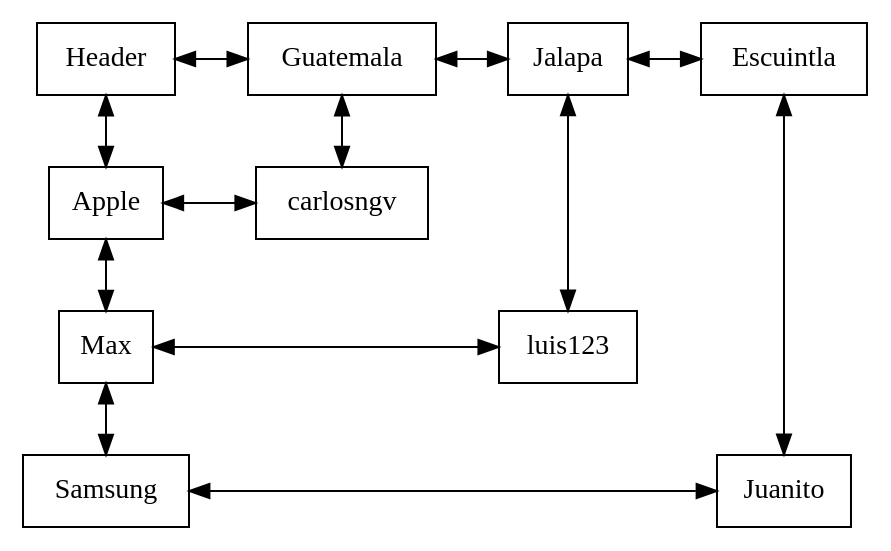
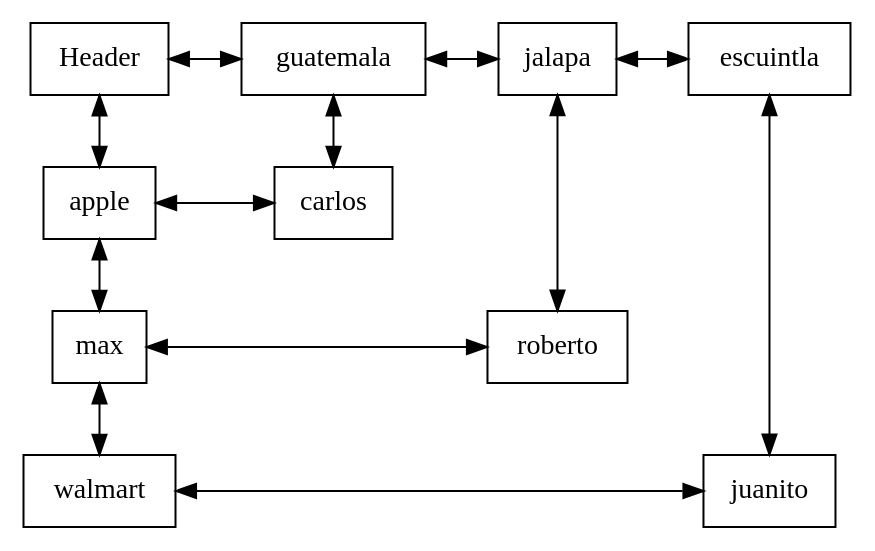
Before and after one commit to CarlosNgv99/-EDD-Proyecto_1: the diagram in -EDD-Proyecto_1/matrix/matrix.dot, drawn with Graphviz. The commit also changed 22 other files, not shown here.

```diff
--- a/-EDD-Proyecto_1/matrix/matrix.dot
+++ b/-EDD-Proyecto_1/matrix/matrix.dot
@@ -1,36 +1,36 @@
 digraph g{
 rankdir = TB;
 node [shape=rectangle, height=0.5, width=0.5];
 graph[ nodesep = 0.5];
 node0 [label="Header"];
-Guatemala[label="Guatemala"]
-Jalapa[label="Jalapa"]
-Escuintla[label="Escuintla"]
-node0->Guatemala[dir=both];
-Guatemala->Jalapa[dir=both];
-Jalapa->Escuintla[dir=both];
-Apple[label="Apple"]
-Max[label="Max"]
-Samsung[label="Samsung"]
-node0->Apple[dir=both];
-Apple->Max[dir=both];
-Max->Samsung[dir=both];
-carlosngv[label="carlosngv"]
-Apple->carlosngv[constraint=false, dir=both];
-{rank=same; Apple; carlosngv;}
-Guatemala->carlosngv[dir=both]
-carlosngv[label="carlosngv"]
-carlosngv[label="carlosngv"]
-luis123[label="luis123"]
-Max->luis123[constraint=false, dir=both];
-{rank=same; Max; luis123;}
-Jalapa->luis123[dir=both]
-luis123[label="luis123"]
-luis123[label="luis123"]
-Juanito[label="Juanito"]
-Samsung->Juanito[constraint=false, dir=both];
-{rank=same; Samsung; Juanito;}
-Escuintla->Juanito[dir=both]
-Juanito[label="Juanito"]
-Juanito[label="Juanito"]
-{rank=same; node0; Guatemala; Jalapa; Escuintla;}}
+guatemala[label="guatemala"]
+jalapa[label="jalapa"]
+escuintla[label="escuintla"]
+node0->guatemala[dir=both];
+guatemala->jalapa[dir=both];
+jalapa->escuintla[dir=both];
+apple[label="apple"]
+max[label="max"]
+walmart[label="walmart"]
+node0->apple[dir=both];
+apple->max[dir=both];
+max->walmart[dir=both];
+carlos[label="carlos"]
+apple->carlos[constraint=false, dir=both];
+{rank=same; apple; carlos;}
+guatemala->carlos[dir=both]
+carlos[label="carlos"]
+carlos[label="carlos"]
+roberto[label="roberto"]
+max->roberto[constraint=false, dir=both];
+{rank=same; max; roberto;}
+jalapa->roberto[dir=both]
+roberto[label="roberto"]
+roberto[label="roberto"]
+juanito[label="juanito"]
+walmart->juanito[constraint=false, dir=both];
+{rank=same; walmart; juanito;}
+escuintla->juanito[dir=both]
+juanito[label="juanito"]
+juanito[label="juanito"]
+{rank=same; node0; guatemala; jalapa; escuintla;}}
```
